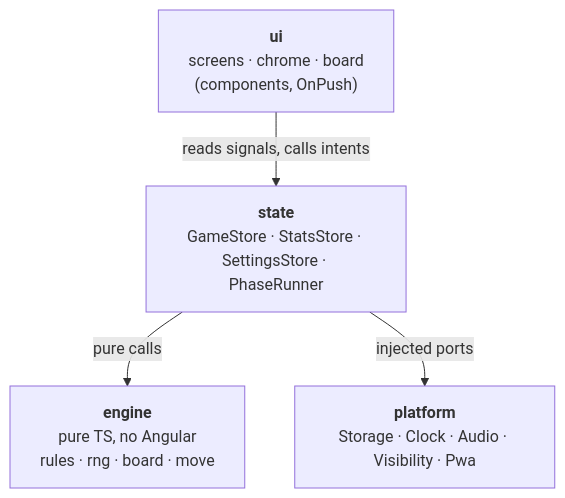
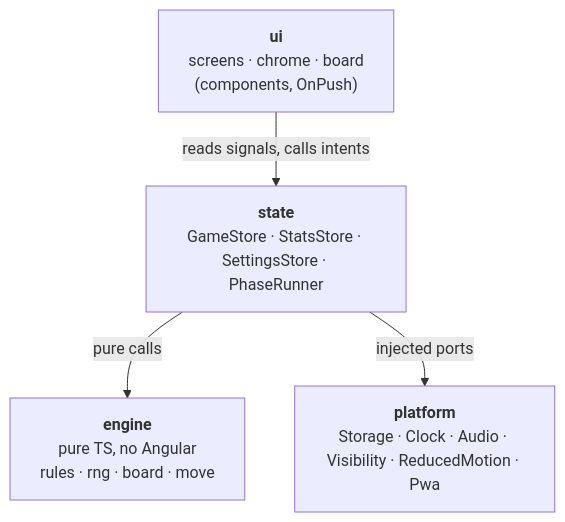
The diagram in docs/03-architecture.md (Obichris11/bubble-breaker), drawn with Mermaid before and after one commit. The commit also changed other lines of this file and 38 other files, not shown here.

````diff
--- a/docs/03-architecture.md
+++ b/docs/03-architecture.md
@@ -29,10 +29,10 @@
 ```mermaid
 flowchart TB
   ui["<b>ui</b><br/>screens · chrome · board<br/>(components, OnPush)"]
   state["<b>state</b><br/>GameStore · StatsStore · SettingsStore · PhaseRunner"]
   engine["<b>engine</b><br/>pure TS, no Angular<br/>rules · rng · board · move"]
-  platform["<b>platform</b><br/>Storage · Clock · Audio · Visibility · Pwa"]
+  platform["<b>platform</b><br/>Storage · Clock · Audio · Visibility · ReducedMotion · Pwa"]
   ui -->|"reads signals, calls intents"| state
   state -->|"pure calls"| engine
   state -->|"injected ports"| platform
 ```
````
